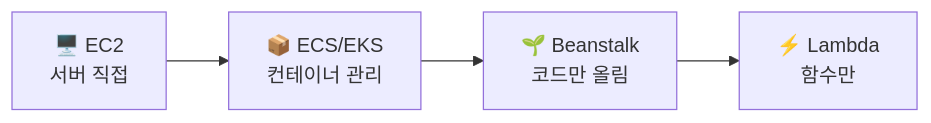
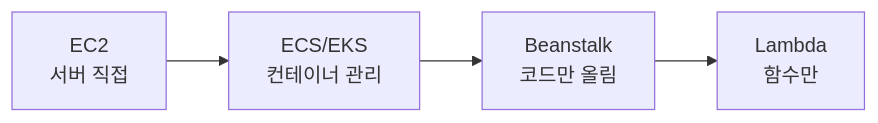
Before and after one commit to una0801/yoona-tech: the first of 2 diagrams in contents/aws/compute/beanstalk/index.mdx, drawn with Mermaid. The commit also changed other lines of this file and 56 other files, not shown here.

````diff
--- a/contents/aws/compute/beanstalk/index.mdx
+++ b/contents/aws/compute/beanstalk/index.mdx
@@ -42,6 +25,6 @@
 ```mermaid
 flowchart LR
-    EC2["🖥️ EC2<br/>서버 직접"] --> ECS["📦 ECS/EKS<br/>컨테이너 관리"]
-    ECS --> EB["🌱 Beanstalk<br/>코드만 올림"]
-    EB --> Lambda["⚡ Lambda<br/>함수만"]
+    EC2["EC2<br/>서버 직접"] --> ECS["ECS/EKS<br/>컨테이너 관리"]
+    ECS --> EB["Beanstalk<br/>코드만 올림"]
+    EB --> Lambda["Lambda<br/>함수만"]
 ```
````
